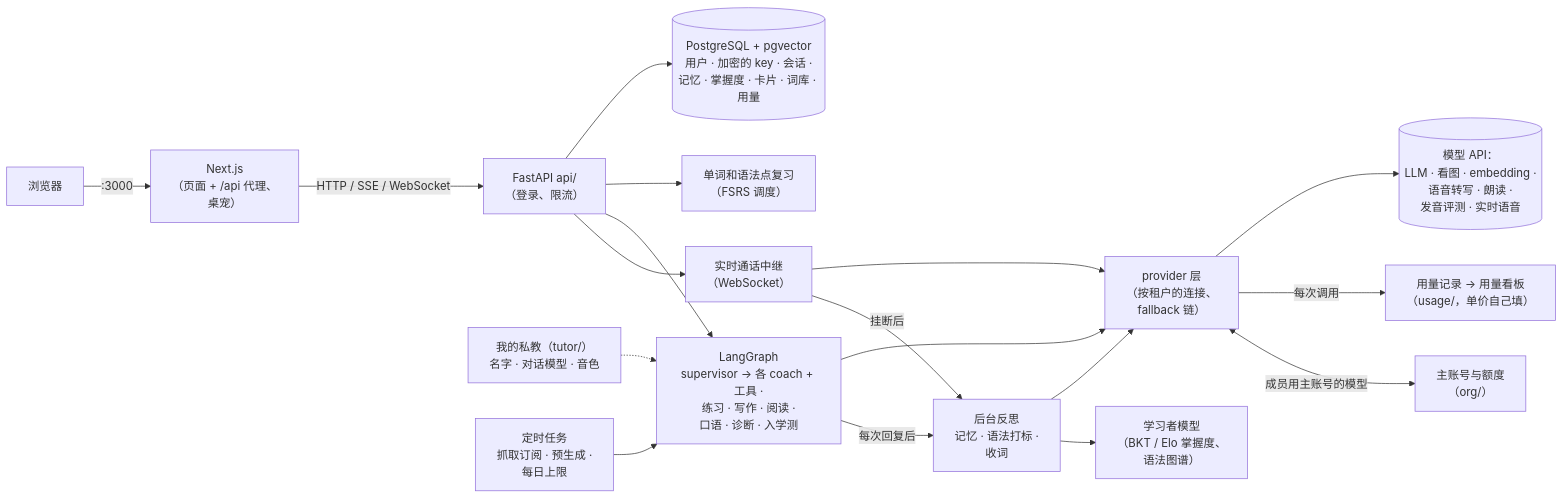
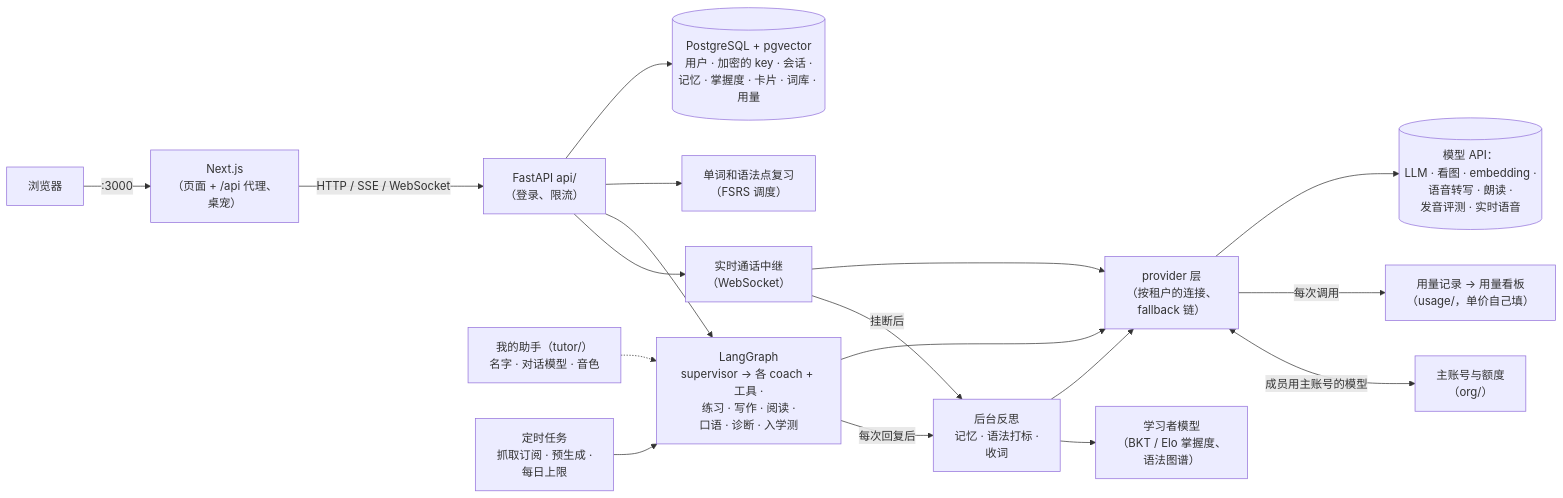
Before and after one commit to YangD1/lingo-agent: the first of 2 diagrams in README.zh-CN.md, drawn with Mermaid. The commit also changed other lines of this file and 4 other files, not shown here.

````diff
--- a/README.zh-CN.md
+++ b/README.zh-CN.md
@@ -151,20 +151,20 @@
 ```mermaid
 flowchart LR
     B[浏览器] -->|:3000| F["Next.js<br/>（页面 + /api 代理、<br/>桌宠）"]
     F -->|"HTTP / SSE / WebSocket"| A["FastAPI api/<br/>（登录、限流）"]
     A --> W
     A --> G["LangGraph<br/>supervisor → 各 coach + 工具 ·<br/>练习 · 写作 · 阅读 ·<br/>口语 · 诊断 · 入学测"]
-    T["我的私教（tutor/）<br/>名字 · 对话模型 · 音色"] -.-> G
+    T["我的助手（tutor/）<br/>名字 · 对话模型 · 音色"] -.-> G
     W["实时通话中继<br/>（WebSocket）"] -->|"挂断后"| R
     G -->|"每次回复后"| R["后台反思<br/>记忆 · 语法打标 ·<br/>收词"]
     R --> L["学习者模型<br/>（BKT / Elo 掌握度、<br/>语法图谱）"]
     A --> V["单词和语法点复习<br/>（FSRS 调度）"]
     S["定时任务<br/>抓取订阅 · 预生成 ·<br/>每日上限"] --> G
     G --> P["provider 层<br/>（按租户的连接、<br/>fallback 链）"]
     R --> P
     W --> P
     P <-->|"成员用主账号的模型"| O["主账号与额度<br/>（org/）"]
     P -->|"每次调用"| U["用量记录 → 用量看板<br/>（usage/，单价自己填）"]
     P --> M[("模型 API：<br/>LLM · 看图 · embedding ·<br/>语音转写 · 朗读 ·<br/>发音评测 · 实时语音")]
     A --> D[("PostgreSQL + pgvector<br/>用户 · 加密的 key · 会话 ·<br/>记忆 · 掌握度 · 卡片 · 词库 · 用量")]
 ```
````
